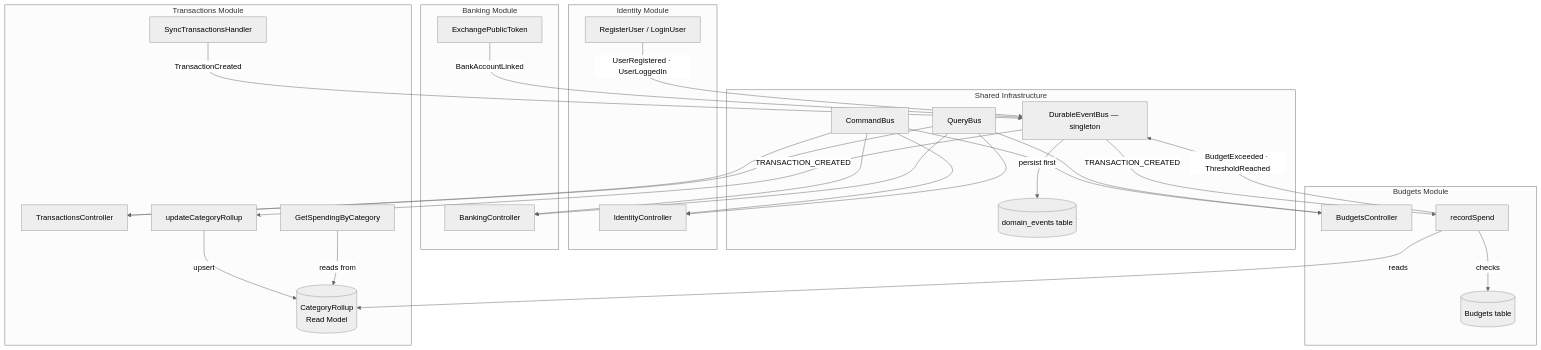
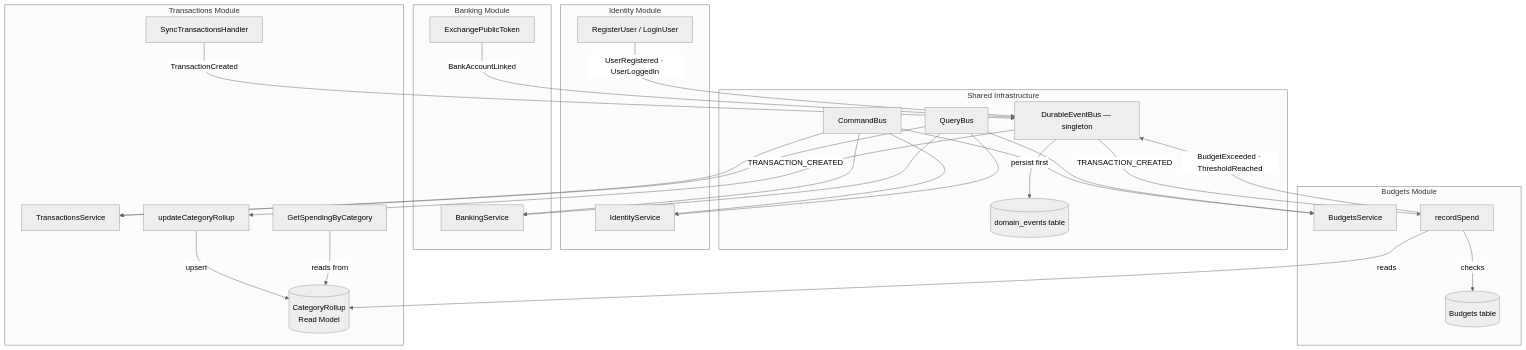
One commit to ctsmith2308/ledger changed the second of 5 diagrams in docs/flows.md. Above: the diagram before and after it, drawn with Mermaid (neutral theme). The commit also changed other lines of this file and 35 other files, not shown here.

Commit message:
export controller as service and update references

````diff
--- a/docs/flows.md
+++ b/docs/flows.md
@@ -51,45 +51,45 @@
 ```mermaid
 flowchart TB
     subgraph Shared Infrastructure
         CB[CommandBus]
         QB[QueryBus]
         EB[DurableEventBus — singleton]
         ES[(domain_events table)]
         EB -->|persist first| ES
     end
 
     subgraph Identity Module
-        IC[IdentityController]
+        IC[IdentityService]
         IR[RegisterUser / LoginUser]
         IR -->|UserRegistered · UserLoggedIn| EB
     end
 
     subgraph Banking Module
-        BC[BankingController]
+        BC[BankingService]
         BR[ExchangePublicToken]
         BR -->|BankAccountLinked| EB
     end
 
     subgraph Transactions Module
-        TC[TransactionsController]
+        TC[TransactionsService]
         TS[SyncTransactionsHandler]
         TS -->|TransactionCreated| EB
         UR[updateCategoryRollup]
         EB -->|TRANSACTION_CREATED| UR
         UR -->|upsert| RDB[(CategoryRollup<br/>Read Model)]
         GSC[GetSpendingByCategory]
         GSC -->|reads from| RDB
     end
 
     subgraph Budgets Module
-        BUC[BudgetsController]
+        BUC[BudgetsService]
         RSH[recordSpend]
         EB -->|TRANSACTION_CREATED| RSH
         RSH -->|reads| RDB
         RSH -->|checks| BUDA[(Budgets table)]
         RSH -->|BudgetExceeded · ThresholdReached| EB
     end
 
     CB --> IC & BC & TC & BUC
     QB --> IC & BC & TC & BUC
 ```
````
